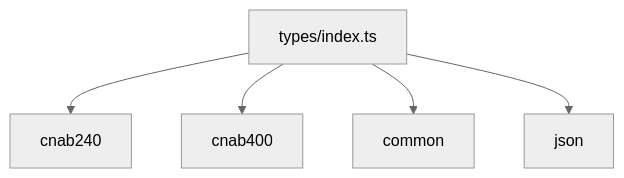
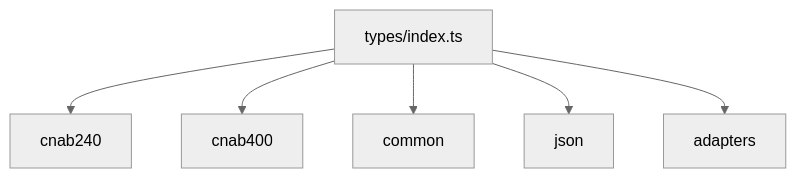
The diagram in src/types/index.doc.md (linkiez/BoletoSDK), drawn with Mermaid (neutral theme) before and after one commit. The commit also changed other lines of this file and 21 other files, not shown here.

````diff
--- a/src/types/index.doc.md
+++ b/src/types/index.doc.md
@@ -29,7 +31,8 @@
 ```mermaid
 flowchart TD
   A[types/index.ts] --> B[cnab240]
   A --> C[cnab400]
   A --> D[common]
   A --> E[json]
+  A --> F[adapters]
 ```
````
